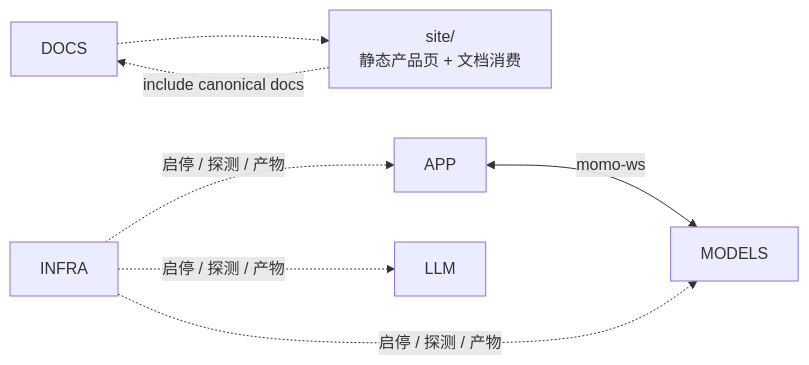
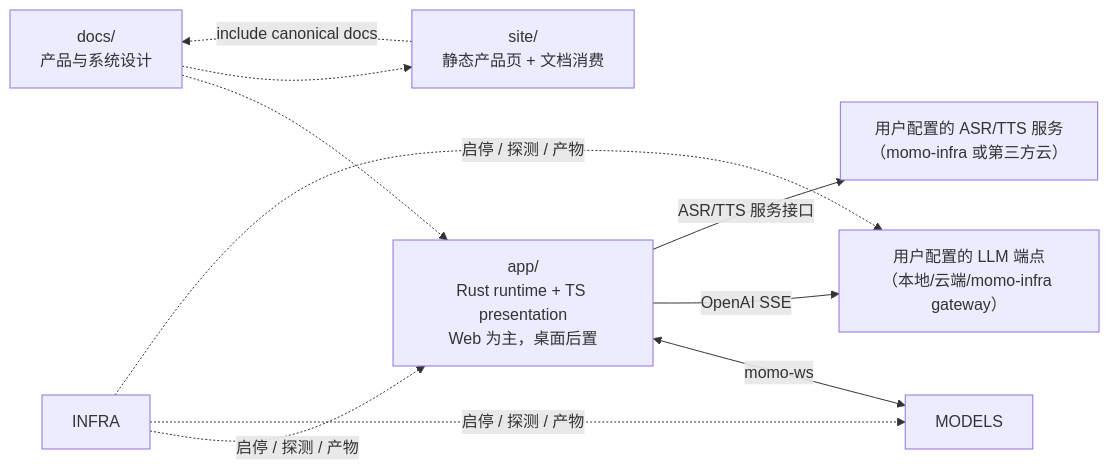
The second of 2 diagrams in docs/01-architecture/boundaries.md (Momoyeyu/momo), drawn with Mermaid before and after one commit. The commit also changed other lines of this file and 15 other files, not shown here.

````diff
--- a/docs/01-architecture/boundaries.md
+++ b/docs/01-architecture/boundaries.md
@@ -5,7 +14,10 @@
 ```mermaid
 flowchart LR
+    DOCS["docs/<br/>产品与系统设计"] -.-> APP["app/<br/>Rust runtime + TS presentation<br/>Web 为主，桌面后置"]
     DOCS -.-> SITE["site/<br/>静态产品页 + 文档消费"]
     APP <-->|"momo-ws"| MODELS
+    APP -->|"OpenAI SSE"| LLM["用户配置的 LLM 端点<br/>（本地/云端/momo-infra gateway）"]
+    APP -->|"ASR/TTS 服务接口"| EXTVOICE["用户配置的 ASR/TTS 服务<br/>（momo-infra 或第三方云）"]
     INFRA -.->|"启停 / 探测 / 产物"| APP & MODELS & LLM
     SITE -.->|"include canonical docs"| DOCS
 ```
````
